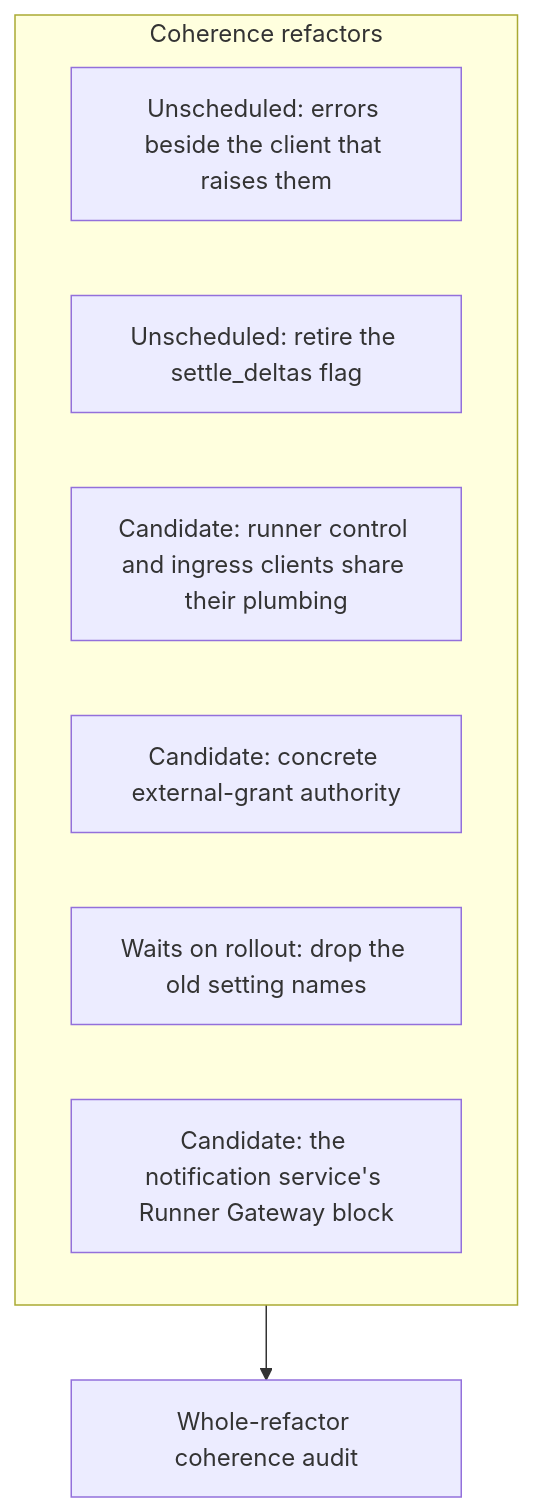
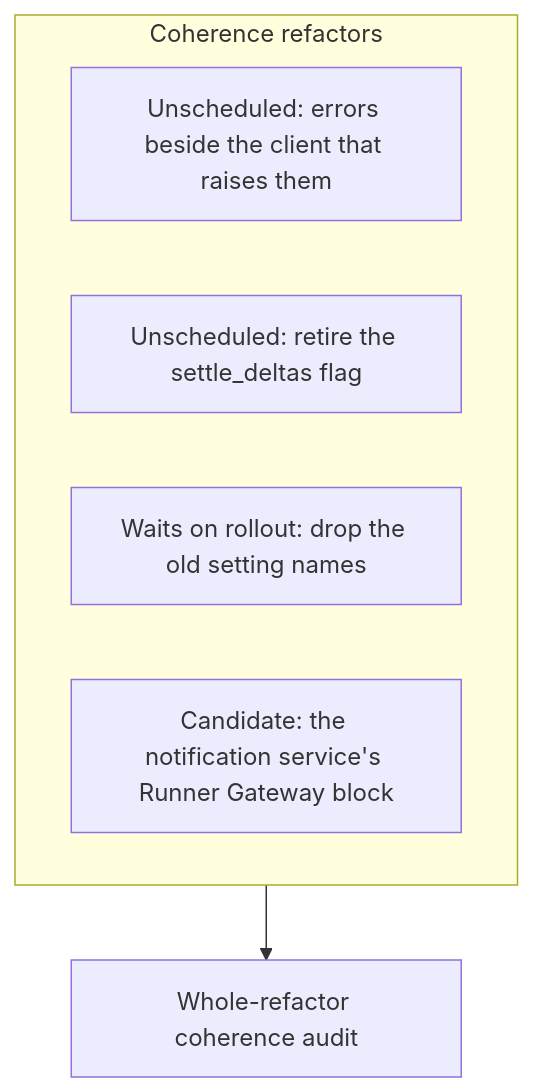
Before and after one commit to agentydragon-agent/ducktape: diagram 14 of 14 in agentplane/plans/task_dag.md, drawn with Mermaid. The commit also changed other lines of this file and 57 other files, not shown here.

First line of the commit message:
agentplane: runner streams share reconnect.py; ActionStore takes a ConnectionAuthority (#10144)

````diff
--- a/agentplane/plans/task_dag.md
+++ b/agentplane/plans/task_dag.md
@@ -926,12 +926,10 @@
 ```mermaid
 flowchart TD
     subgraph COHERENCE_REFACTORS[Coherence refactors]
         RUNNER_ERRORS_REHOME[Unscheduled: errors beside the client that raises them]
         SETTLE_DELTAS_ALWAYS_ON[Unscheduled: retire the settle_deltas flag]
-        RUNNER_CORE_SPLIT[Candidate: runner control and ingress clients share their plumbing]
-        ACTION_PROTOCOLS_CONCRETE[Candidate: concrete external-grant authority]
         SERVICE_SETTING_OLD_NAMES_DROP[Waits on rollout: drop the old setting names]
         NOTIFICATION_GATEWAY_SETTINGS[Candidate: the notification service's Runner Gateway block]
     end
     COHERENCE_REFACTORS --> REFACTOR_COHERENCE_AUDIT[Whole-refactor coherence audit]
 ```
````
